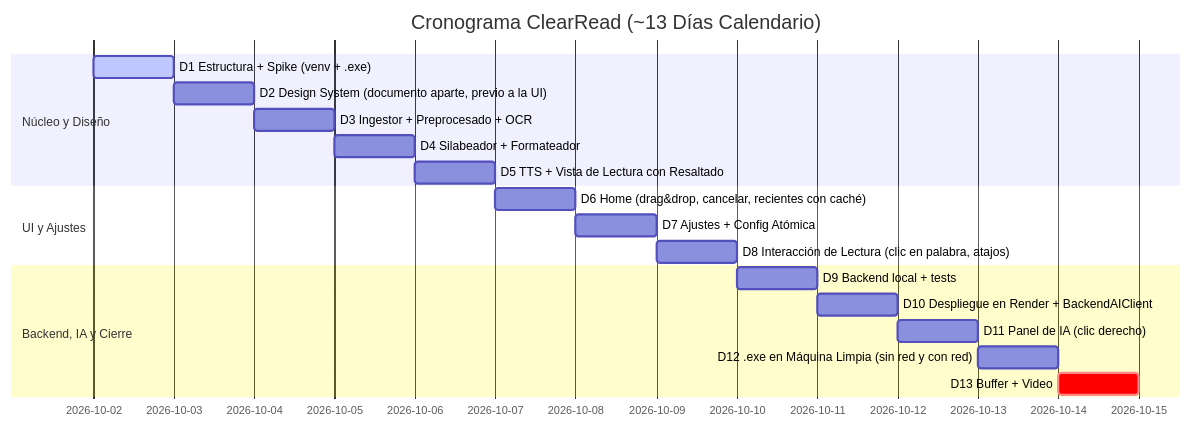
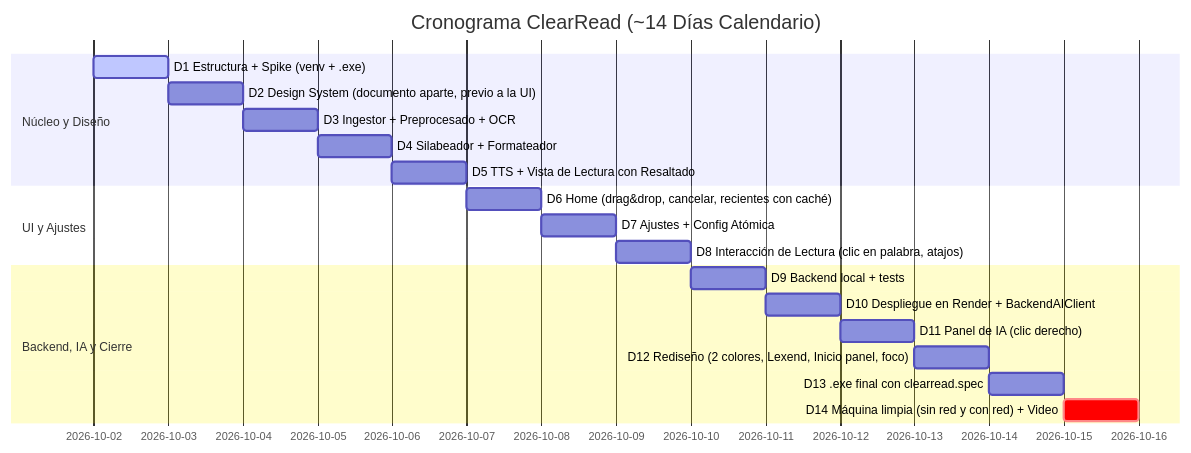
One commit to SoFzzz/ClearRead changed the third of 3 diagrams in document.md. Above: the diagram before and after it, drawn with Mermaid. The commit also changed other lines of this file and 55 other files, not shown here.

````diff
--- a/document.md
+++ b/document.md
@@ -2094,21 +2125,22 @@
 ```mermaid
 gantt
-    title Cronograma ClearRead (~13 Días Calendario)
+    title Cronograma ClearRead (~14 Días Calendario)
     dateFormat  YYYY-MM-DD
     section Núcleo y Diseño
     D1 Estructura + Spike (venv + .exe)                  :active, d1, 2026-10-02, 1d
     D2 Design System (documento aparte, previo a la UI)  :d2, after d1, 1d
     D3 Ingestor + Preprocesado + OCR                     :d3, after d2, 1d
     D4 Silabeador + Formateador                          :d4, after d3, 1d
     D5 TTS + Vista de Lectura con Resaltado              :d5, after d4, 1d
     section UI y Ajustes
     D6 Home (drag&drop, cancelar, recientes con caché)   :d6, after d5, 1d
     D7 Ajustes + Config Atómica                          :d7, after d6, 1d
     D8 Interacción de Lectura (clic en palabra, atajos)  :d8, after d7, 1d
     section Backend, IA y Cierre
     D9 Backend local + tests                             :d9, after d8, 1d
     D10 Despliegue en Render + BackendAIClient           :d10, after d9, 1d
     D11 Panel de IA (clic derecho)                       :d11, after d10, 1d
-    D12 .exe en Máquina Limpia (sin red y con red)       :d12, after d11, 1d
-    D13 Buffer + Video                                   :crit, d13, after d12, 1d
+    D12 Rediseño (2 colores, Lexend, Inicio panel, foco)  :d12, after d11, 1d
+    D13 .exe final con clearread.spec                     :d13, after d12, 1d
+    D14 Máquina limpia (sin red y con red) + Video        :crit, d14, after d13, 1d
 ```
````
